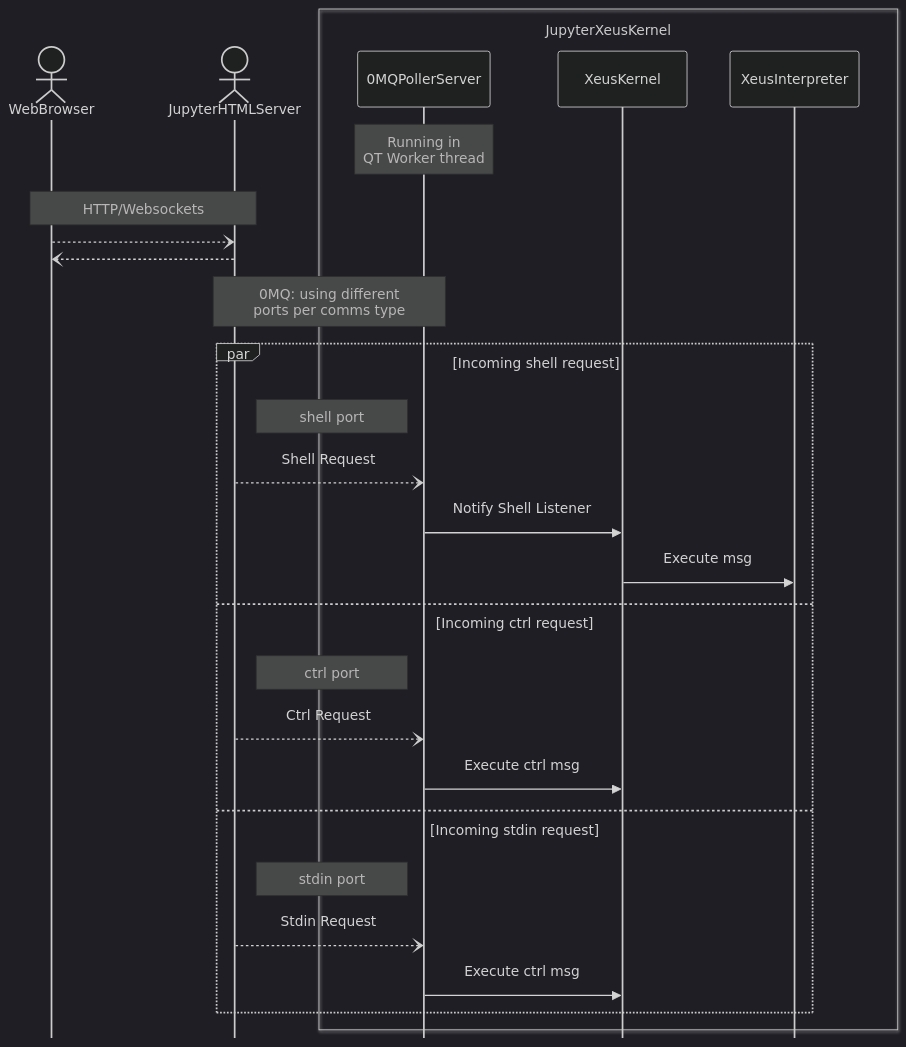
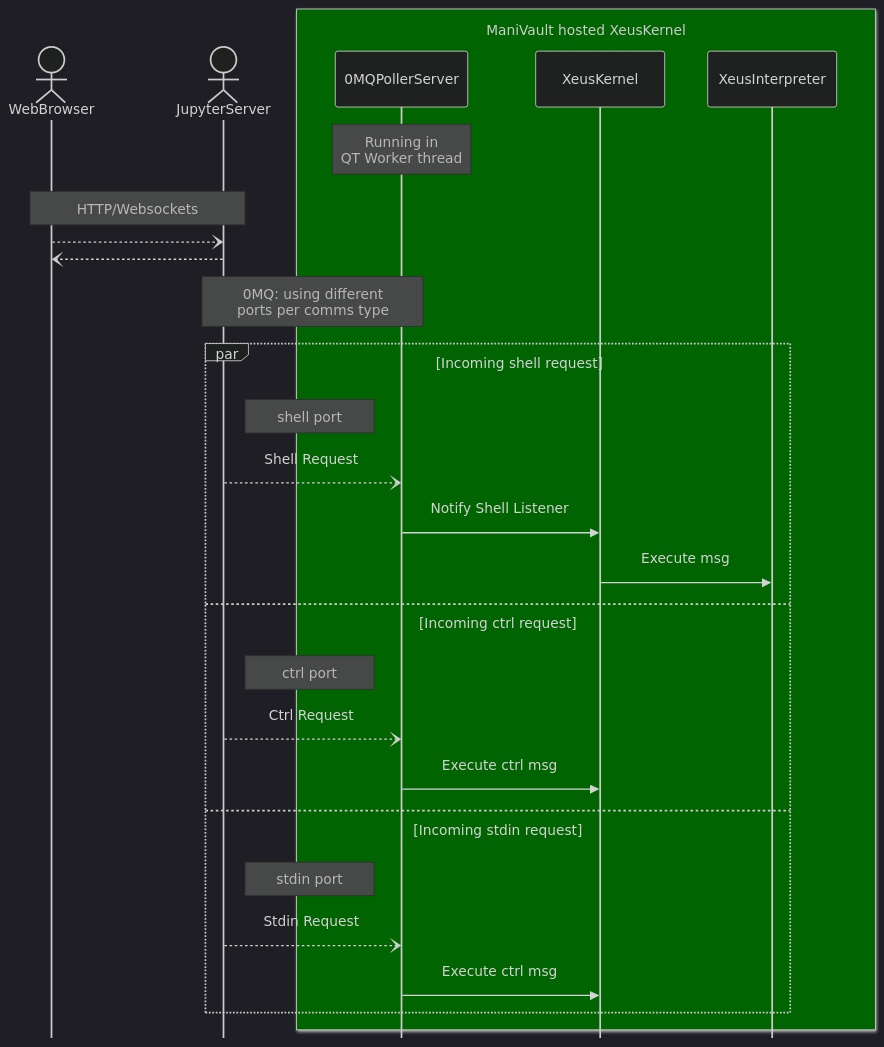
The third of 3 diagrams in README.md (ManiVaultStudio/JupyterPlugin), drawn with Mermaid before and after one commit. The commit also changed other lines of this file and 5 other files, not shown here.

````diff
--- a/README.md
+++ b/README.md
@@ -113,41 +135,40 @@
 ```mermaid
 %%{init: {'theme': 'dark' } }%%
 %%{init: {'sequence': {'mirrorActors': false, 'boxMargin': 20 }}}%%
 sequenceDiagram
     %% autonumber
     actor BR as WebBrowser
-    actor JHS as JupyterHTMLServer
+    actor JHS as JupyterServer
 
-    box transparent JupyterXeusKernel
+    box DarkGreen ManiVault hosted XeusKernel
     participant 0PS as 0MQPollerServer
-
     participant XK as XeusKernel
     participant XI as XeusInterpreter
     end
 
 
     Note over 0PS: Running in <br> QT Worker thread
 
     Note over BR,JHS: HTTP/Websockets
     BR--)JHS: 
     JHS--)BR:  
 
 
     Note over JHS,0PS: 0MQ: using different <br> ports per comms type
 
     par Incoming shell request
         note right of JHS: shell port 
         JHS--)0PS: Shell Request
         0PS->>XK: Notify Shell Listener
         XK->>XI: Execute msg
     and Incoming ctrl request
         note right of JHS: ctrl port 
         JHS--)0PS: Ctrl Request
         0PS->>XK: Execute ctrl msg
     and Incoming stdin request
         note right of JHS: stdin port 
         JHS--)0PS: Stdin Request
         0PS->>XK: Execute ctrl msg
     end
 
 ```
````
